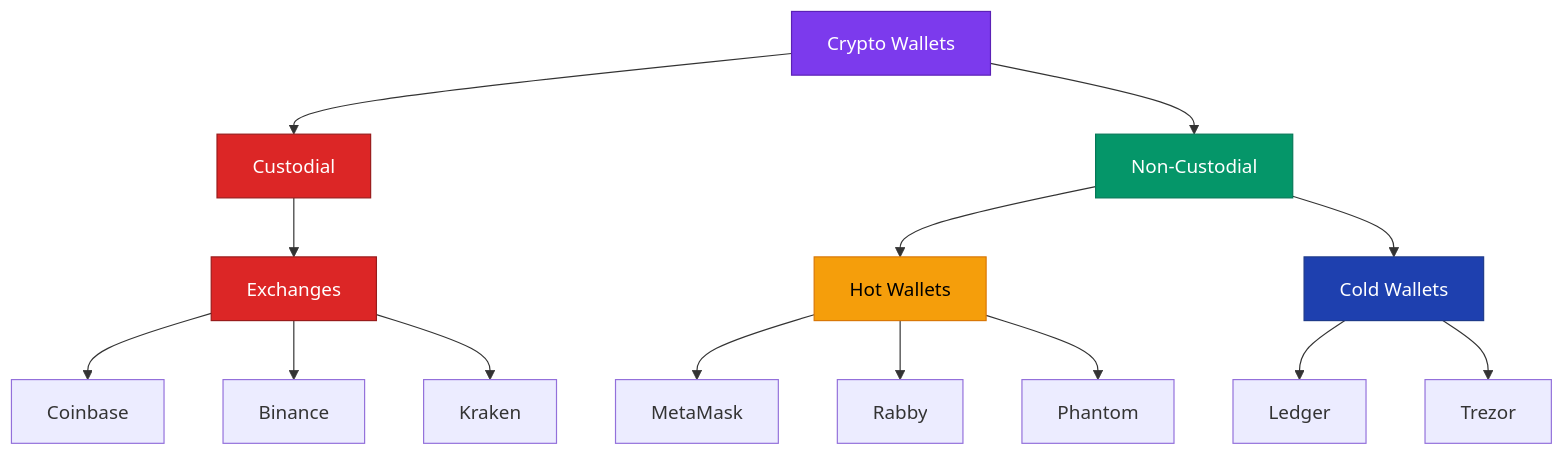
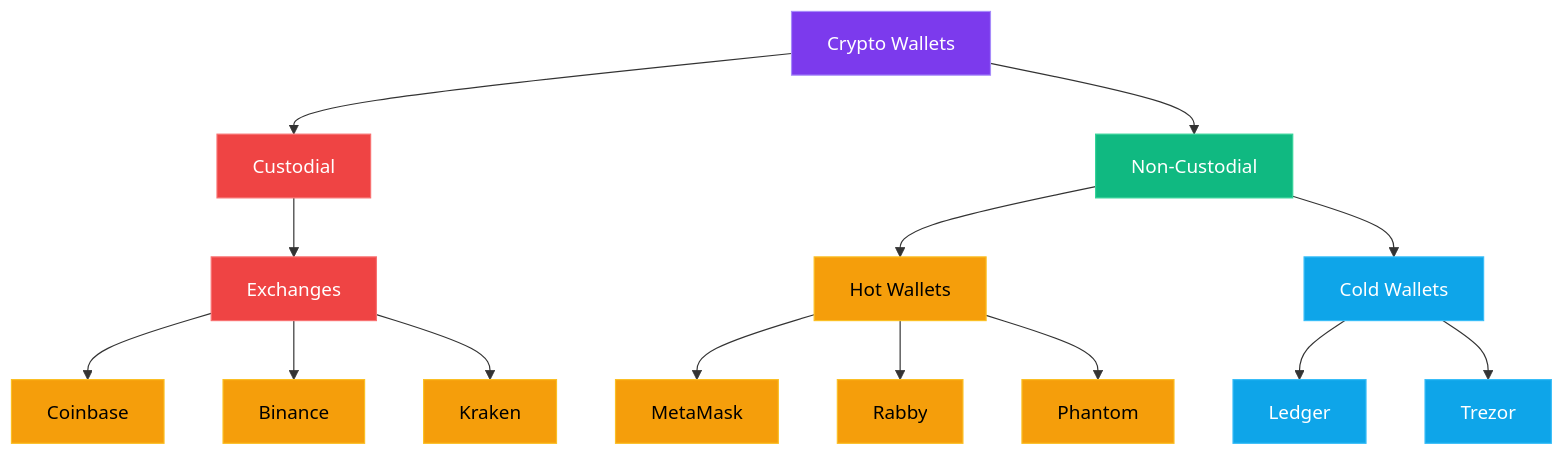
Before and after one commit to jestersimpps/cv: the diagram in content/blog/crypto-unlocked-03-wallets-keys-self-custody.mdx, drawn with Mermaid. The commit also changed 12 other files, not shown here.

Commit message:
fix(blog): convert all mermaid diagrams to vertical (TD) for mobile readability, dark theme component

````diff
--- a/content/blog/crypto-unlocked-03-wallets-keys-self-custody.mdx
+++ b/content/blog/crypto-unlocked-03-wallets-keys-self-custody.mdx
@@ -62,23 +62,31 @@
 ```mermaid
 graph TD
     W[Crypto Wallets] --> CU[Custodial]
     W --> NC[Non-Custodial]
     NC --> HO[Hot Wallets]
     NC --> CO[Cold Wallets]
     HO --> MM[MetaMask]
     HO --> RB[Rabby]
     HO --> PH[Phantom]
     CO --> LE[Ledger]
     CO --> TR[Trezor]
     CU --> EX[Exchanges]
     EX --> CB[Coinbase]
     EX --> BN[Binance]
     EX --> KR[Kraken]
 
-    style W fill:#7c3aed,stroke:#5b21b6,color:#fff
-    style CU fill:#dc2626,stroke:#991b1b,color:#fff
-    style NC fill:#059669,stroke:#047857,color:#fff
-    style HO fill:#f59e0b,stroke:#d97706,color:#000
-    style CO fill:#1e40af,stroke:#1e3a8a,color:#fff
-    style EX fill:#dc2626,stroke:#991b1b,color:#fff
+    style W fill:#7c3aed,stroke:#a78bfa,color:#fff
+    style CU fill:#ef4444,stroke:#f87171,color:#fff
+    style NC fill:#10b981,stroke:#34d399,color:#fff
+    style HO fill:#f59e0b,stroke:#fbbf24,color:#000
+    style CO fill:#0ea5e9,stroke:#38bdf8,color:#fff
+    style MM fill:#f59e0b,stroke:#fbbf24,color:#000
+    style RB fill:#f59e0b,stroke:#fbbf24,color:#000
+    style PH fill:#f59e0b,stroke:#fbbf24,color:#000
+    style LE fill:#0ea5e9,stroke:#38bdf8,color:#fff
+    style TR fill:#0ea5e9,stroke:#38bdf8,color:#fff
+    style EX fill:#ef4444,stroke:#f87171,color:#fff
+    style CB fill:#f59e0b,stroke:#fbbf24,color:#000
+    style BN fill:#f59e0b,stroke:#fbbf24,color:#000
+    style KR fill:#f59e0b,stroke:#fbbf24,color:#000
 ```
````
